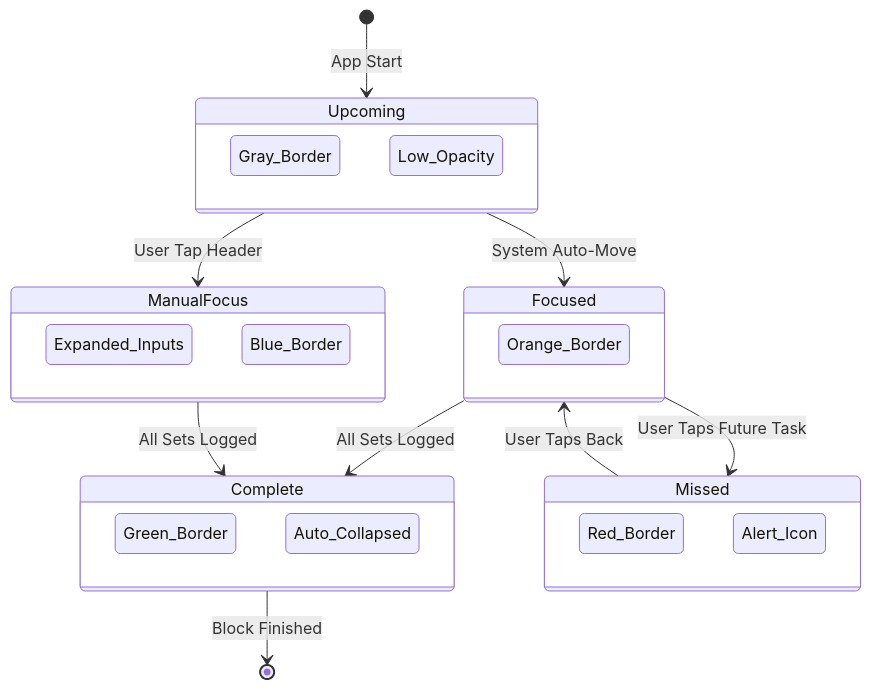
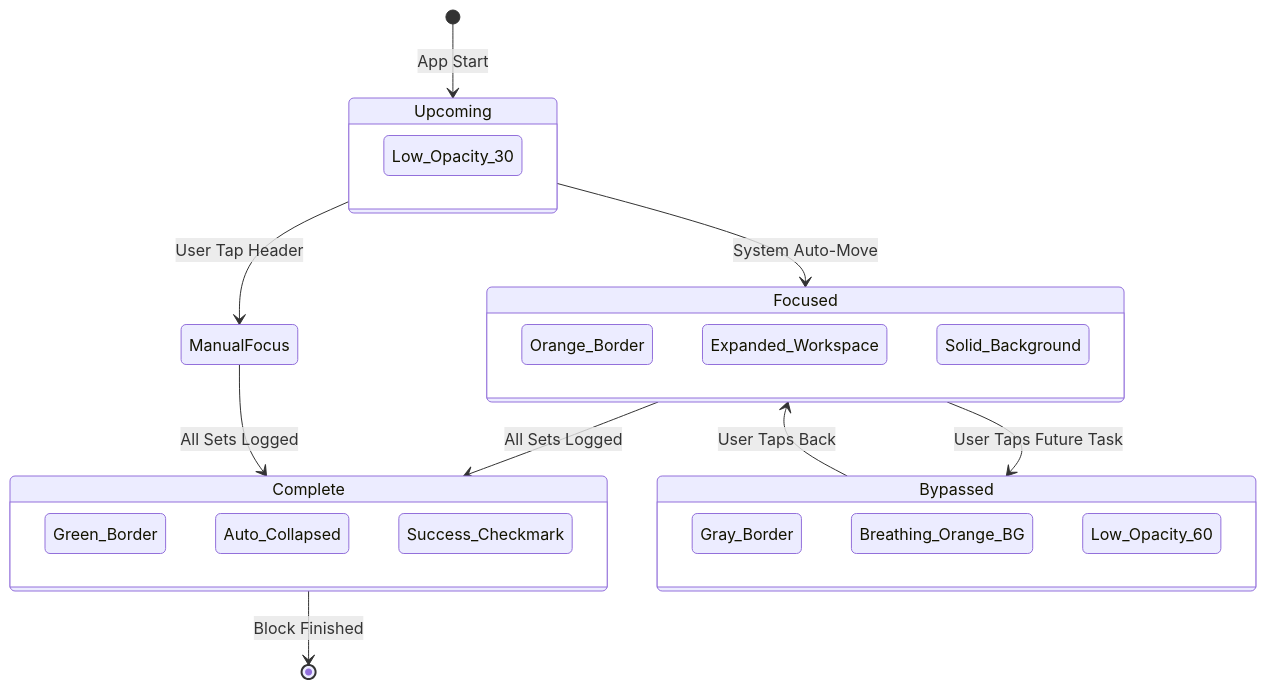
One commit to borissimov/borissimov.github.io changed the second of 2 diagrams in docs/REGIMEN_LOGIC.md. Above: the diagram before and after it, drawn with Mermaid. The commit also changed other lines of this file, not shown here.

Commit message:
docs: update regimen logic with user journey and functional phases

````diff
--- a/docs/REGIMEN_LOGIC.md
+++ b/docs/REGIMEN_LOGIC.md
@@ -8,35 +44,34 @@
 ```mermaid
 stateDiagram-v2
     [*] --> Upcoming : App Start
     Upcoming --> Focused : System Auto-Move
     Upcoming --> ManualFocus : User Tap Header
     
     Focused --> Complete : All Sets Logged
     ManualFocus --> Complete : All Sets Logged
     
-    Focused --> Missed : User Taps Future Task
-    Missed --> Focused : User Taps Back
+    Focused --> Bypassed : User Taps Future Task
+    Bypassed --> Focused : User Taps Back
     
     Complete --> [*] : Block Finished
     
     state Upcoming {
         Gray_Border
-        Low_Opacity
+        Low_Opacity_30
     }
     state Focused {
         Orange_Border
-        Expanded_Inputs
+        Expanded_Workspace
+        Solid_Background
     }
-    state ManualFocus {
-        Blue_Border
-        Expanded_Inputs
-    }
-    state Missed {
-        Red_Border
-        Alert_Icon
+    state Bypassed {
+        Gray_Border
+        Breathing_Orange_BG
+        Low_Opacity_60
     }
     state Complete {
         Green_Border
         Auto_Collapsed
+        Success_Checkmark
     }
 ```
````
